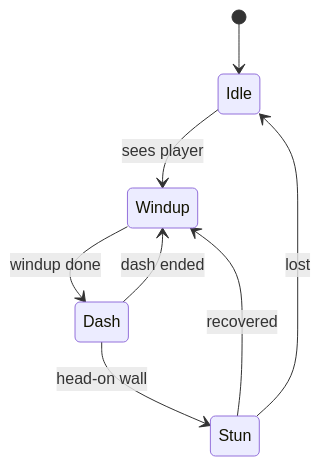
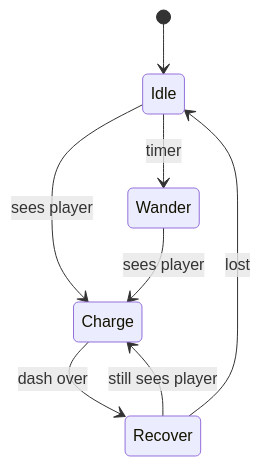
One commit to lownpho/mages changed diagram 25 of 51 in design/docs/enemies.md. Above: the diagram before and after it, drawn with Mermaid. The commit also changed other lines of this file and 21 other files, not shown here.

````diff
--- a/design/docs/enemies.md
+++ b/design/docs/enemies.md
@@ -699,10 +755,10 @@
 ```mermaid
 stateDiagram-v2
     [*] --> Idle
-    Idle --> Windup : sees player
-    Windup --> Dash : windup done
-    Dash --> Windup : dash ended
-    Dash --> Stun : head-on wall
-    Stun --> Windup : recovered
-    Stun --> Idle : lost
+    Idle --> Wander : timer
+    Idle --> Charge : sees player
+    Wander --> Charge : sees player
+    Charge --> Recover : dash over
+    Recover --> Charge : still sees player
+    Recover --> Idle : lost
 ```
````
